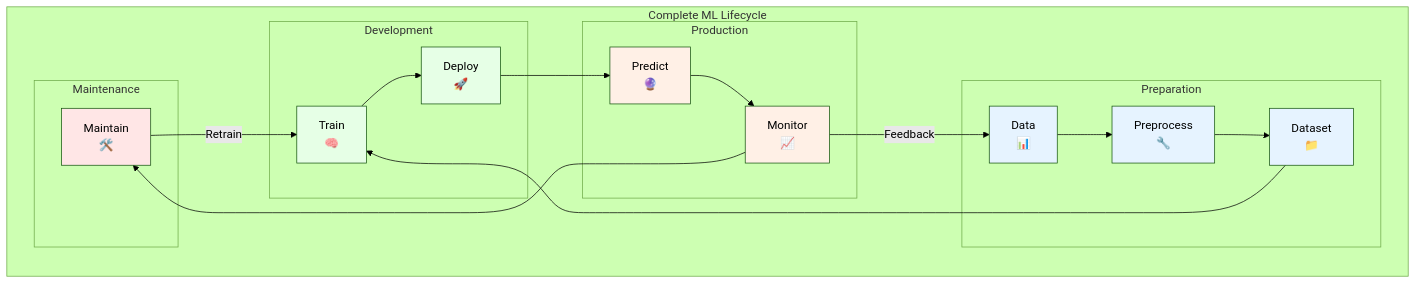
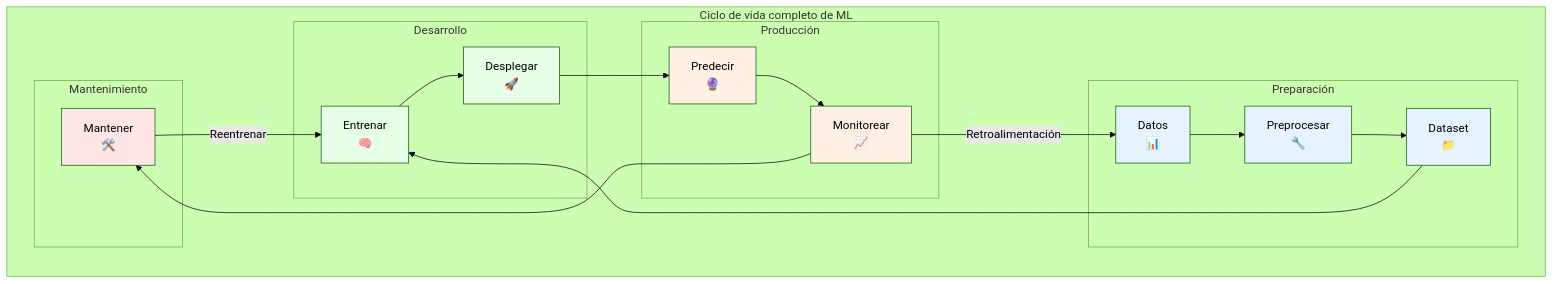
One commit to pepemxl/Machine-Learning-Notes changed the first of 2 diagrams in docs/09_SYSTEMS/proyectos_generales_de_ml.md. Above: the diagram before and after it, drawn with Mermaid (forest theme). The commit also changed other lines of this file and 3 other files, not shown here.

````diff
--- a/docs/09_SYSTEMS/proyectos_generales_de_ml.md
+++ b/docs/09_SYSTEMS/proyectos_generales_de_ml.md
@@ -5,37 +5,37 @@
 ```mermaid
 flowchart LR
-    subgraph "Complete ML Lifecycle"
+    subgraph "Ciclo de vida completo de ML"
         direction LR
         
-        subgraph "Preparation"
-            A1[Data<br>📊] --> A2[Preprocess<br>🔧] --> A3[Dataset<br>📁]
+        subgraph "Preparación"
+            A1[Datos<br>📊] --> A2[Preprocesar<br>🔧] --> A3[Dataset<br>📁]
         end
         
-        subgraph "Development"
-            B1[Train<br>🧠] --> B2[Deploy<br>🚀]
+        subgraph "Desarrollo"
+            B1[Entrenar<br>🧠] --> B2[Desplegar<br>🚀]
         end
         
-        subgraph "Production"
-            C1[Predict<br>🔮] --> C2[Monitor<br>📈]
+        subgraph "Producción"
+            C1[Predecir<br>🔮] --> C2[Monitorear<br>📈]
         end
         
-        subgraph "Maintenance"
-            D1[Maintain<br>🛠️]
+        subgraph "Mantenimiento"
+            D1[Mantener<br>🛠️]
         end
         
         A3 --> B1
         B2 --> C1
         C2 --> D1
-        D1 -->|Retrain| B1
-        C2 -->|Feedback| A1
+        D1 -->|Reentrenar| B1
+        C2 -->|Retroalimentación| A1
     end
     
     style A1 fill:#e6f3ff
     style A2 fill:#e6f3ff
     style A3 fill:#e6f3ff
     style B1 fill:#e6ffe6
     style B2 fill:#e6ffe6
     style C1 fill:#fff0e6
     style C2 fill:#fff0e6
     style D1 fill:#ffe6e6
 ```
````
